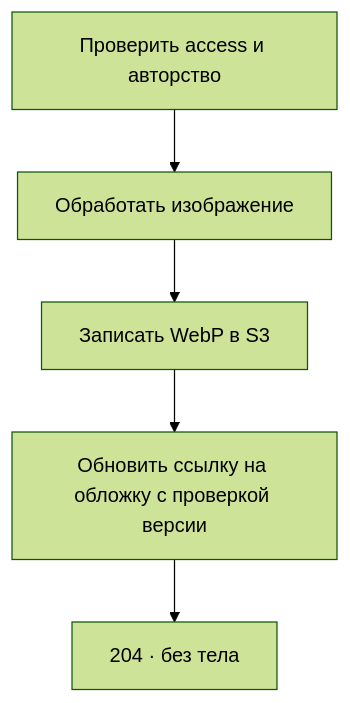
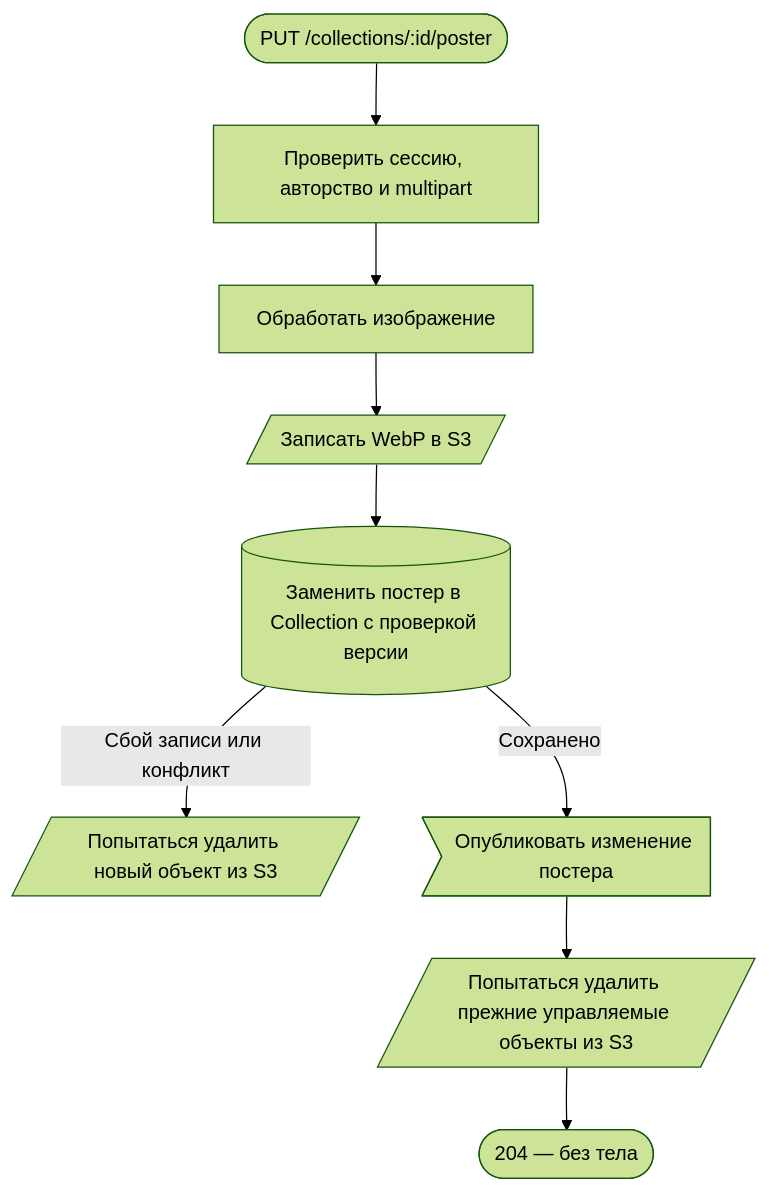
One commit to AmyGrooove/f95-tinder changed the eighth of 8 diagrams in apps/api/public/docs/api/requestFlows/collections.md. Above: the diagram before and after it, drawn with Mermaid (forest theme). The commit also changed other lines of this file and 50 other files, not shown here.

````diff
--- a/apps/api/public/docs/api/requestFlows/collections.md
+++ b/apps/api/public/docs/api/requestFlows/collections.md
@@ -167,7 +167,13 @@
 ```mermaid
 flowchart TD
-    A["Проверить access и авторство"] --> B["Обработать изображение"]
-    B --> C["Записать WebP в S3"]
-    C --> D["Обновить ссылку на обложку с проверкой версии"]
-    D --> E["204 · без тела"]
+    accTitle: Замена постера подборки
+    accDescr: Сохранить новый постер с проверкой версии подборки и дождаться попытки удалить прежние объекты по событию
+    A(["PUT /collections/:id/poster"]):::http --> B["Проверить сессию, авторство и multipart"]:::action
+    B --> C["Обработать изображение"]:::action
+    C --> D[/"Записать WebP в S3"/]:::external
+    D --> E[("Заменить постер в Collection с проверкой версии")]:::data
+    E -->|Сбой записи или конфликт| F[/"Попытаться удалить новый объект из S3"/]:::external
+    E -->|Сохранено| G>"Опубликовать изменение постера"]:::event
+    G --> H[/"Попытаться удалить прежние управляемые объекты из S3"/]:::external
+    H --> R(["204 — без тела"]):::http
 ```
````
